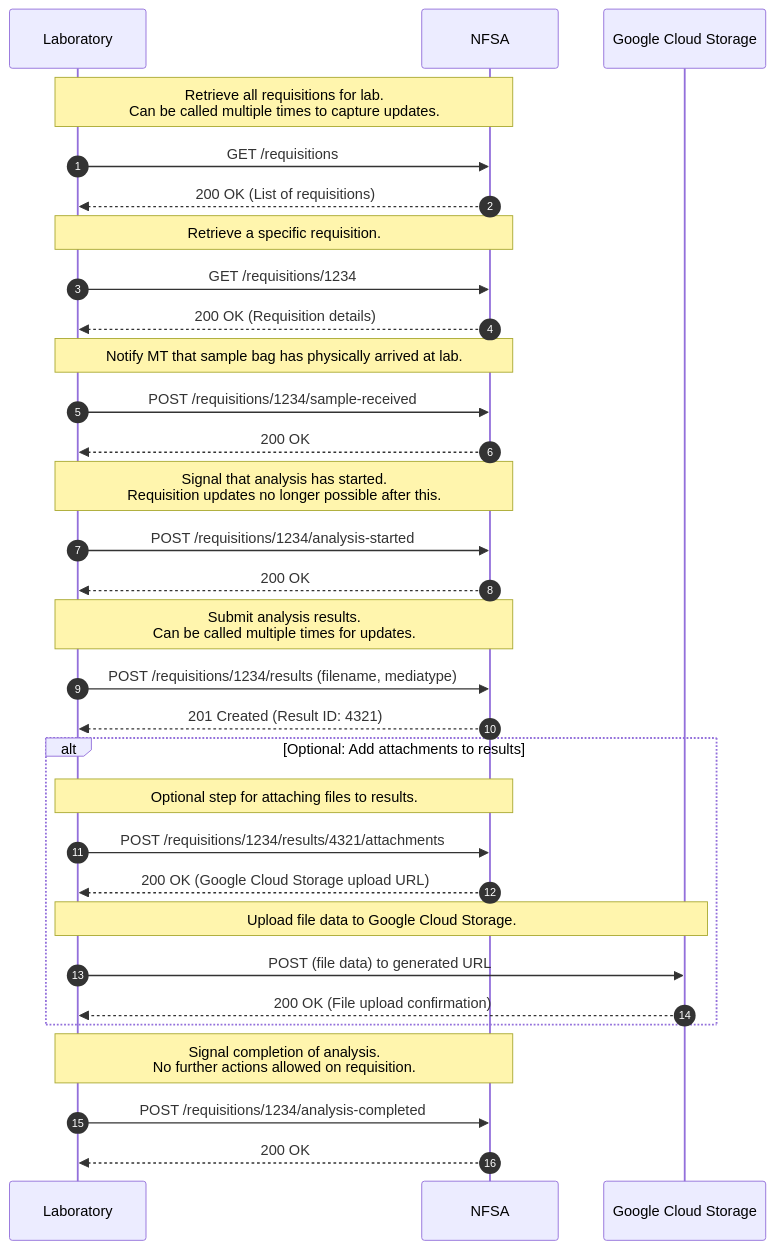
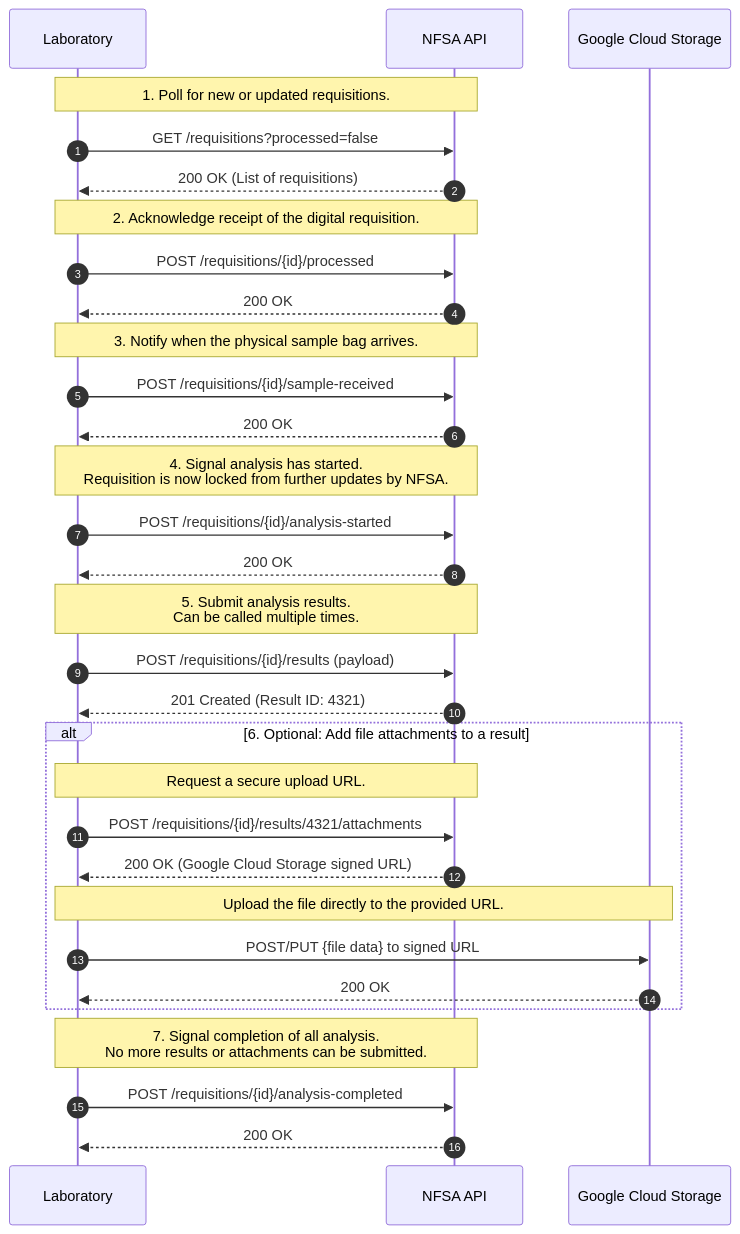
One commit to Mattilsynet/provetaking-labintegration changed the first of 2 diagrams in README.md. Above: the diagram before and after it, drawn with Mermaid. The commit also changed other lines of this file, not shown here.

````diff
--- a/README.md
+++ b/README.md
@@ -39,42 +78,41 @@
 ```mermaid
 sequenceDiagram
     autonumber
     participant LAB as Laboratory
-    participant MT as NFSA
+    participant MT as NFSA API
     participant GCS as Google Cloud Storage
 
-    Note over LAB, MT: Retrieve all requisitions for lab.<br/>Can be called multiple times to capture updates.
-    LAB ->> MT: GET /requisitions
-    MT -->> LAB: 200 OK (List of requisitions)
+    Note over LAB, MT: 1. Poll for new or updated requisitions.
+    LAB->>MT: GET /requisitions?processed=false
+    MT-->>LAB: 200 OK (List of requisitions)
 
-    Note over LAB, MT: Retrieve a specific requisition.
-    LAB ->> MT: GET /requisitions/1234
-    MT -->> LAB: 200 OK (Requisition details)
+    Note over LAB, MT: 2. Acknowledge receipt of the digital requisition.
+    LAB->>MT: POST /requisitions/{id}/processed
+    MT-->>LAB: 200 OK
 
-    Note over LAB, MT: Notify MT that sample bag has physically arrived at lab.
-    LAB ->> MT: POST /requisitions/1234/sample-received
-    MT -->> LAB: 200 OK
+    Note over LAB, MT: 3. Notify when the physical sample bag arrives.
+    LAB->>MT: POST /requisitions/{id}/sample-received
+    MT-->>LAB: 200 OK
 
-    Note over LAB, MT: Signal that analysis has started.<br/>Requisition updates no longer possible after this.
-    LAB ->> MT: POST /requisitions/1234/analysis-started
-    MT -->> LAB: 200 OK
+    Note over LAB, MT: 4. Signal analysis has started.<br/>Requisition is now locked from further updates by NFSA.
+    LAB->>MT: POST /requisitions/{id}/analysis-started
+    MT-->>LAB: 200 OK
 
-    Note over LAB, MT: Submit analysis results.<br/>Can be called multiple times for updates.
-    LAB ->> MT: POST /requisitions/1234/results (filename, mediatype)
-    MT -->> LAB: 201 Created (Result ID: 4321)
+    Note over LAB, MT: 5. Submit analysis results.<br/>Can be called multiple times.
+    LAB->>MT: POST /requisitions/{id}/results (payload)
+    MT-->>LAB: 201 Created (Result ID: 4321)
 
-    alt Optional: Add attachments to results
-        Note over LAB, MT: Optional step for attaching files to results.
-        LAB ->> MT: POST /requisitions/1234/results/4321/attachments
-        MT -->> LAB: 200 OK (Google Cloud Storage upload URL)
+    alt 6. Optional: Add file attachments to a result
+        Note over LAB, MT: Request a secure upload URL.
+        LAB->>MT: POST /requisitions/{id}/results/4321/attachments
+        MT-->>LAB: 200 OK (Google Cloud Storage signed URL)
 
-        Note over LAB, GCS: Upload file data to Google Cloud Storage.
-        LAB ->> GCS: POST (file data) to generated URL
-        GCS -->> LAB: 200 OK (File upload confirmation)
+        Note over LAB, GCS: Upload the file directly to the provided URL.
+        LAB->>GCS: POST/PUT {file data} to signed URL
+        GCS-->>LAB: 200 OK
     end
 
-    Note over LAB, MT: Signal completion of analysis.<br/>No further actions allowed on requisition.
-    LAB ->> MT: POST /requisitions/1234/analysis-completed
-    MT -->> LAB: 200 OK
-
+    Note over LAB, MT: 7. Signal completion of all analysis.<br/>No more results or attachments can be submitted.
+    LAB->>MT: POST /requisitions/{id}/analysis-completed
+    MT-->>LAB: 200 OK
 ```
````
